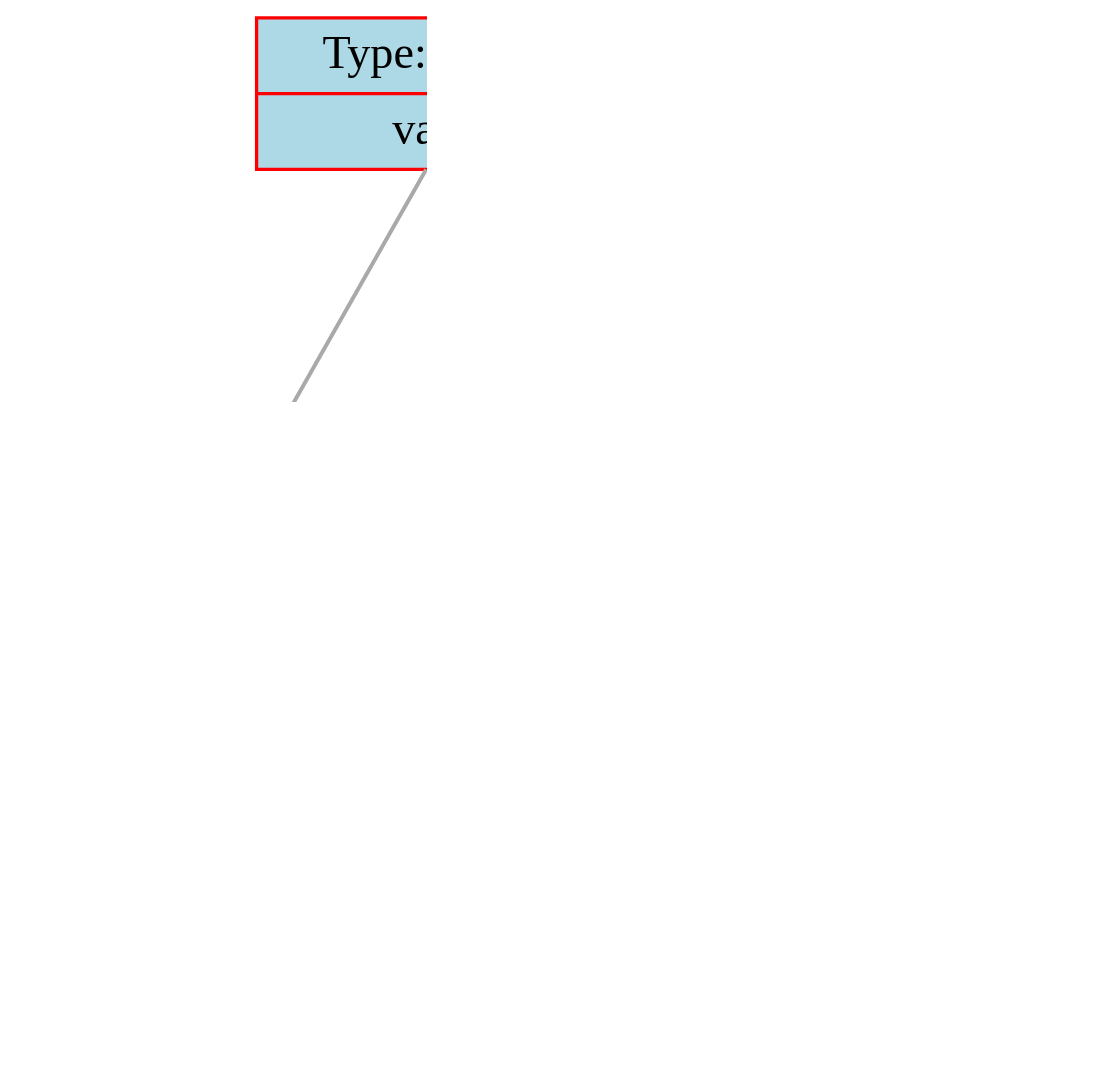
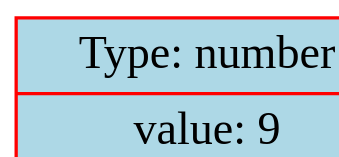
Before and after one commit to dodokek/Derivative-Calculator: the diagram in data/graph.dot, drawn with Graphviz. The commit also changed 9 other files, not shown here.

```diff
--- a/data/graph.dot
+++ b/data/graph.dot
@@ -1,25 +1,13 @@
 
     digraph g {
         dpi      = 200;
         fontname = "Comic Sans MS";
         fontsize = 20;
         rankdir   =  TB;
         edge [color = darkgrey, arrowhead = onormal, arrowsize = 1, penwidth = 1.2]
         graph[fillcolor = lightgreen, ranksep = 1.3, nodesep = 0.5,
         style = "rounded, filled",color = green, penwidth = 2]
 
-    Node0000029b95b218e0[shape=record, width=0.2, style="filled", color="red", fillcolor="lightblue",label=" {Type: operation | value: +}"] 
+    Node00000284e5ee62e0[shape=record, width=0.2, style="filled", color="red", fillcolor="lightblue",label=" {Type: number | value: 9}"] 
  
-Node0000029b95b218b0[shape=record, width=0.2, style="filled", color="red", fillcolor="lightblue",label=" {Type: number | value: 0}"] 
- 
-Node0000029b95b21820[shape=record, width=0.2, style="filled", color="red", fillcolor="lightblue",label=" {Type: operation | value: \cdot}"] 
- 
-Node0000029b95b217f0[shape=record, width=0.2, style="filled", color="red", fillcolor="lightblue",label=" {Type: number | value: 5}"] 
- 
-Node0000029b95b214a0[shape=record, width=0.2, style="filled", color="red", fillcolor="lightblue",label=" {Type: number | value: 1}"] 
- 
-Node0000029b95b218e0->Node0000029b95b218b0
-Node0000029b95b218e0->Node0000029b95b21820
-Node0000029b95b21820->Node0000029b95b217f0
-Node0000029b95b21820->Node0000029b95b214a0
 }
```
